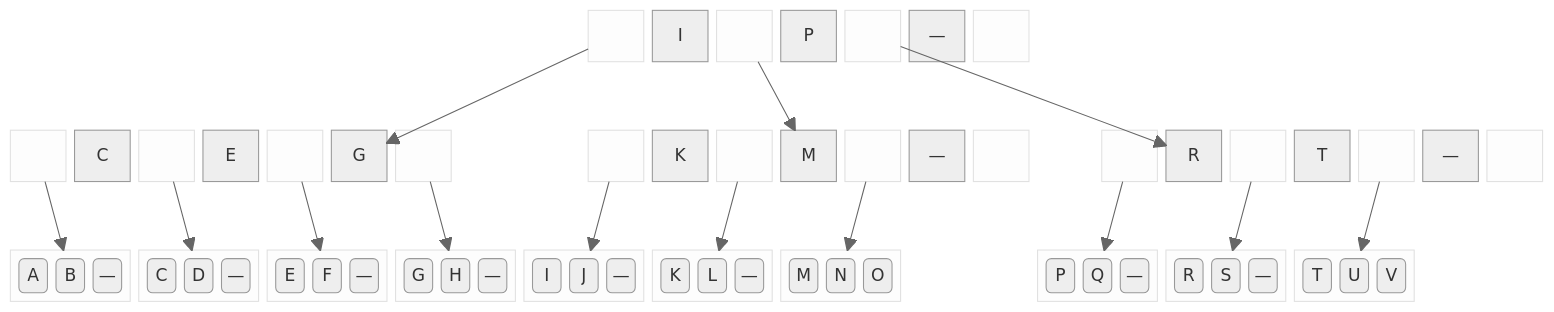
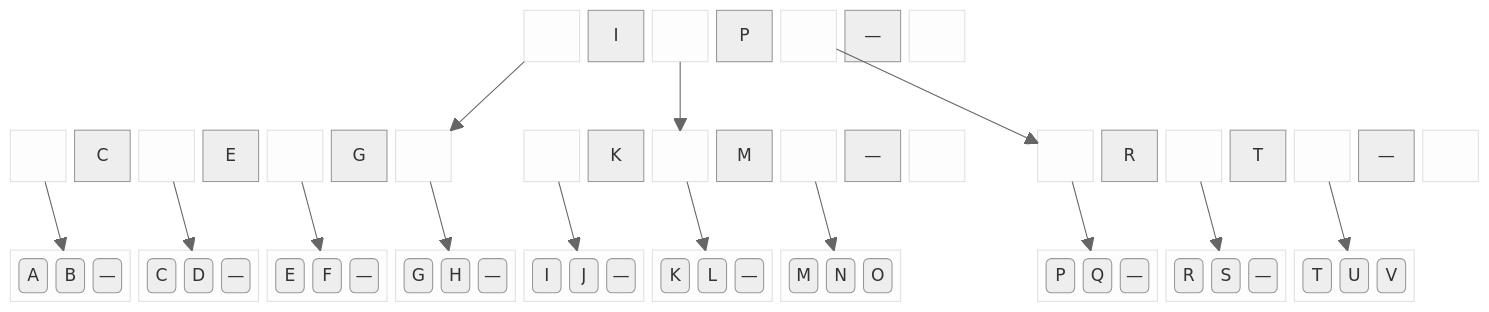
One commit to BenhurUFSM/pod26b changed the ninth of 9 diagrams in Assuntos/busca-ext.md. Above: the diagram before and after it, drawn with Mermaid (neutral theme).

````diff
--- a/Assuntos/busca-ext.md
+++ b/Assuntos/busca-ext.md
@@ -169,42 +169,42 @@
 ```mermaid
 block
-  columns 24
-  space:9
+  columns 23
+  space:8
   block:rl1 space end ra["I"] block:rl2 space end rb["P"] block:rl3 space end rc["—"] block:rl4 space end
   space:8
-  space:24
+  space:23
 
   block:i1l1 space end i1a["C"] block:i1l2 space end i1b["E"] block:i1l3 space end i1c["G"] block:i1l4 space end
-  space:2
+  space
   block:i2l1 space end i2a["K"] block:i2l2 space end i2b["M"] block:i2l3 space end i2c["—"] block:i2l4 space end
   space
   block:i3l1 space end i3a["R"] block:i3l2 space end i3b["T"] block:i3l3 space end i3c["—"] block:i3l4 space end
-  space:24
+  space:23
 
   block:f1:2 f1a("A") f1b("B") f1c("—") end
   block:f7:2 f7a("C") f7b("D") f7c("—") end
   block:f5:2 f5a("E") f5b("F") f5c("—") end
   block:f3:2 f3a("G") f3b("H") f3c("—") end
   block:f6:2 f6a("I") f6b("J") f6c("—") end
   block:f4:2 f4a("K") f4b("L") f4c("—") end
   block:f8:2 f8a("M") f8b("N") f8c("O") end
   space:2
   block:f2:2 f2a("P") f2b("Q") f2c("—") end
   block:fa:2 faa("R") fab("S") fac("—") end
   block:f9:2 f9a("T") f9b("U") f9c("V") end
-  space:2
+  space:1
 
-  rl1-->i1c
-  rl2-->i2b
-  rl3-->i3a
+  rl1-->i1l4
+  rl2-->i2l2
+  rl3-->i3l1
   i1l1-->f1
   i1l2-->f7
   i1l3-->f5
   i1l4-->f3
   i2l1-->f6
   i2l2-->f4
   i2l3-->f8
   i3l1-->f2
   i3l2-->fa
   i3l3-->f9
 ```
````
